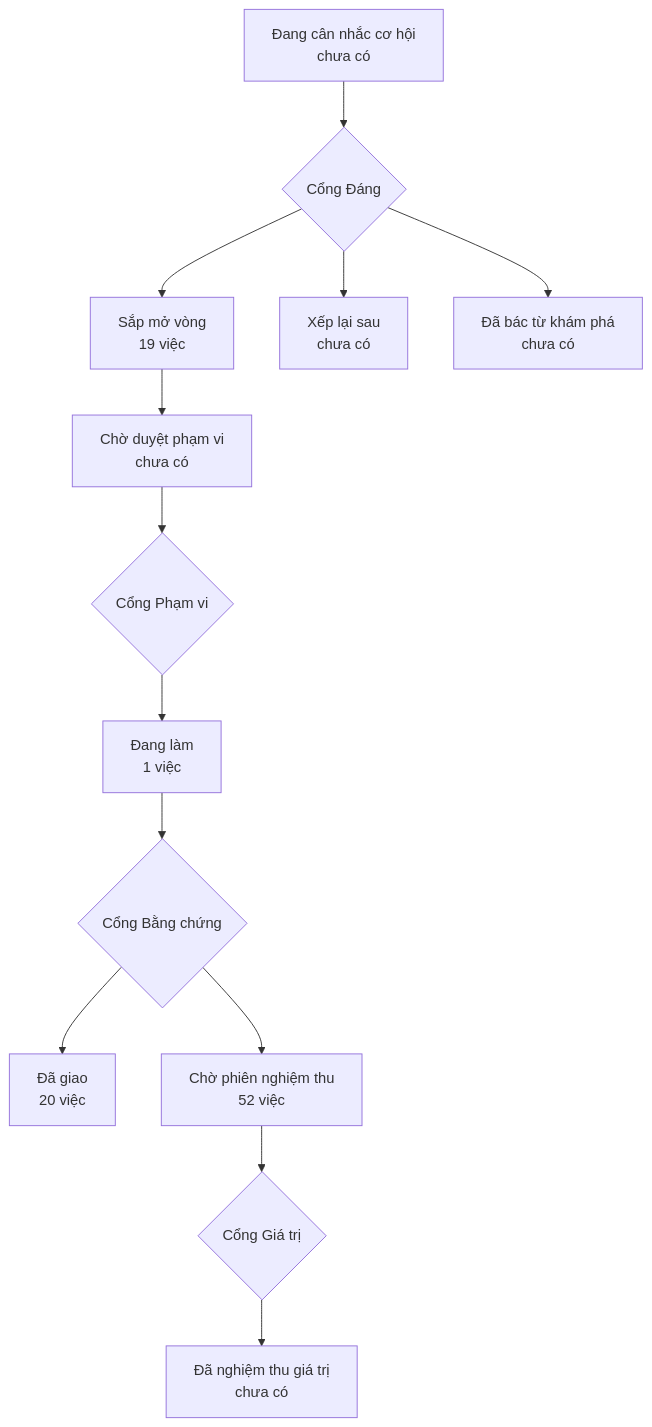
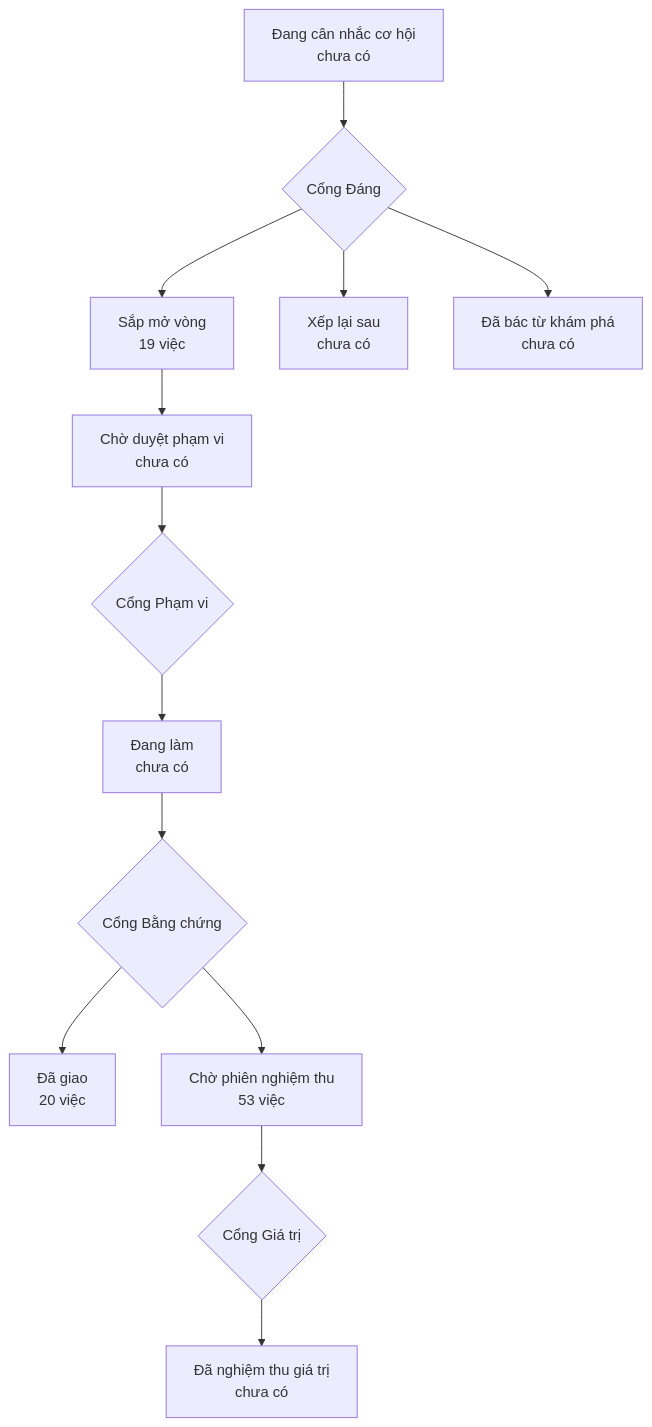
The diagram in PRODUCT-MAP.md (phanlemanh/onehub-quy-hang), drawn with Mermaid before and after one commit. The commit also changed other lines of this file and 4 other files, not shown here.

````diff
--- a/PRODUCT-MAP.md
+++ b/PRODUCT-MAP.md
@@ -7,12 +7,12 @@
 ```mermaid
 flowchart TD
   A["Đang cân nhắc cơ hội<br/>chưa có"] --> GD{"Cổng Đáng"}
   GD --> B["Sắp mở vòng<br/>19 việc"]
   GD --> XL["Xếp lại sau<br/>chưa có"]
   GD --> DB["Đã bác từ khám phá<br/>chưa có"]
   B --> CD["Chờ duyệt phạm vi<br/>chưa có"] --> GP{"Cổng Phạm vi"}
-  GP --> DL["Đang làm<br/>1 việc"] --> GB{"Cổng Bằng chứng"}
+  GP --> DL["Đang làm<br/>chưa có"] --> GB{"Cổng Bằng chứng"}
   GB --> DG["Đã giao<br/>20 việc"]
-  GB --> CN["Chờ phiên nghiệm thu<br/>52 việc"] --> GG{"Cổng Giá trị"}
+  GB --> CN["Chờ phiên nghiệm thu<br/>53 việc"] --> GG{"Cổng Giá trị"}
   GG --> NT["Đã nghiệm thu giá trị<br/>chưa có"]
 ```
````
